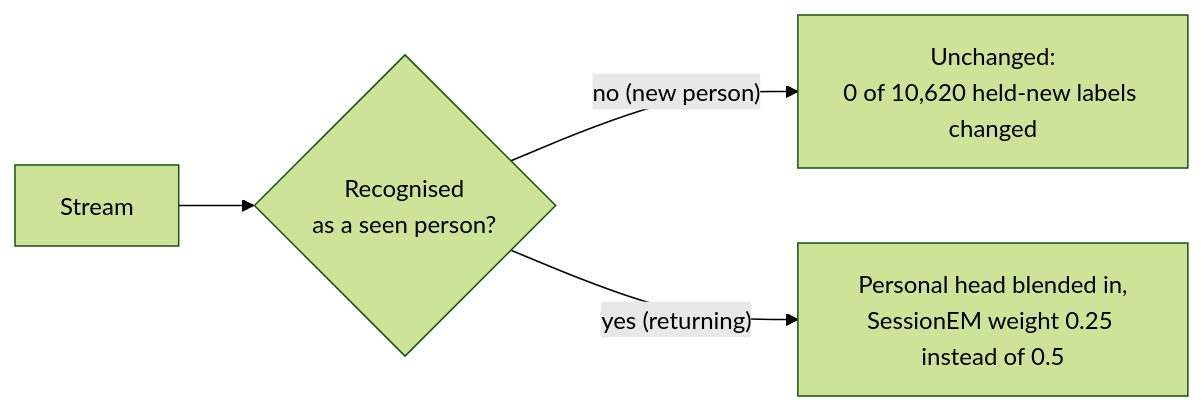
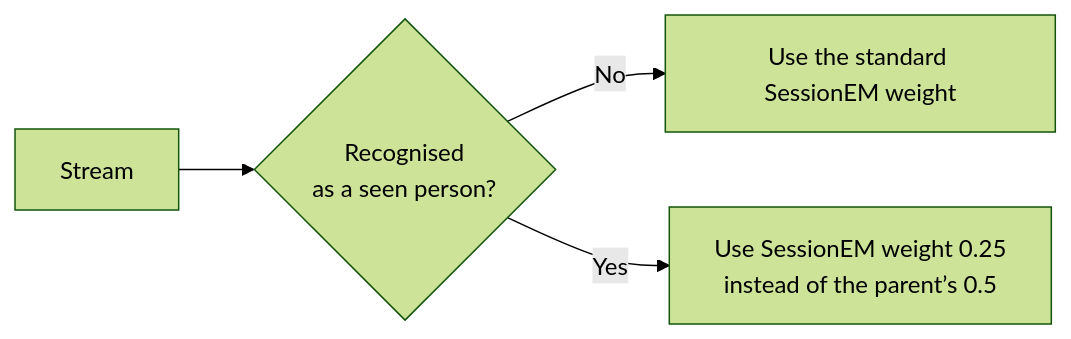
Before and after one commit to SebastianBoehler/neural-interfaces-2026: the third of 3 diagrams in README.md, drawn with Mermaid (forest theme). The commit also changed other lines of this file and 376 other files, not shown here.

````diff
--- a/README.md
+++ b/README.md
@@ -79,6 +82,6 @@
 ```mermaid
 flowchart LR
     X["Stream"] --> Q{"Recognised<br/>as a seen person?"}
-    Q -->|"no (new person)"| N["Unchanged:<br/>0 of 10,620 held-new labels changed"]
-    Q -->|"yes (returning)"| Rt["Personal head blended in,<br/>SessionEM weight 0.25 instead of 0.5"]
+    Q -->|"No"| N["Use the standard SessionEM weight"]
+    Q -->|"Yes"| Rt["Use SessionEM weight 0.25<br/>instead of the parent’s 0.5"]
 ```
````
